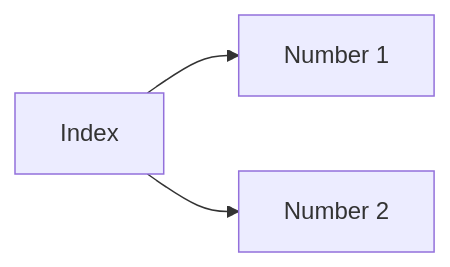
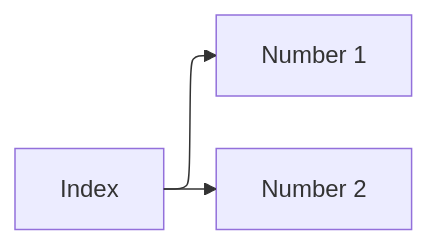
The diagram in Diagram.qmd (anaitab/mermaid-elk), drawn with Mermaid before and after one commit.

Commit message:
Configure ELK layout for Mermaid diagram
Added configuration for ELK layout in Mermaid diagram.

````diff
--- a/Diagram.qmd
+++ b/Diagram.qmd
@@ -1,11 +1,18 @@
 ```{mermaid}
+---
+config:
+  layout: elk
+  elk:
+    mergeEdges: true
+    nodePlacementStrategy: LINEAR_SEGMENTS
+---
 flowchart LR
   index["Index"]
   number1["Number 1"]
   number2["Number 2"]
   index --> number1
   index --> number2
   click index "index.html"
   click number1 "number1.html"
   click number2 "number2.html"
 ```
````
